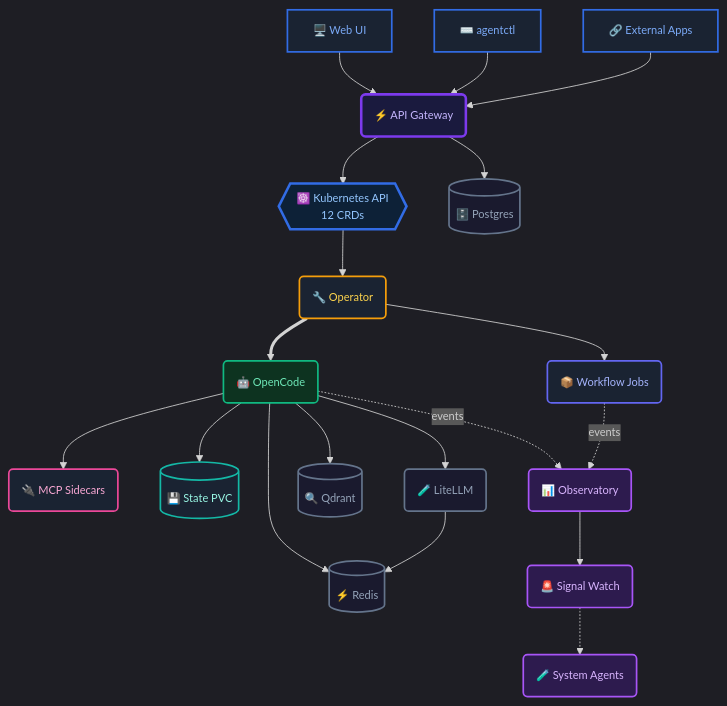
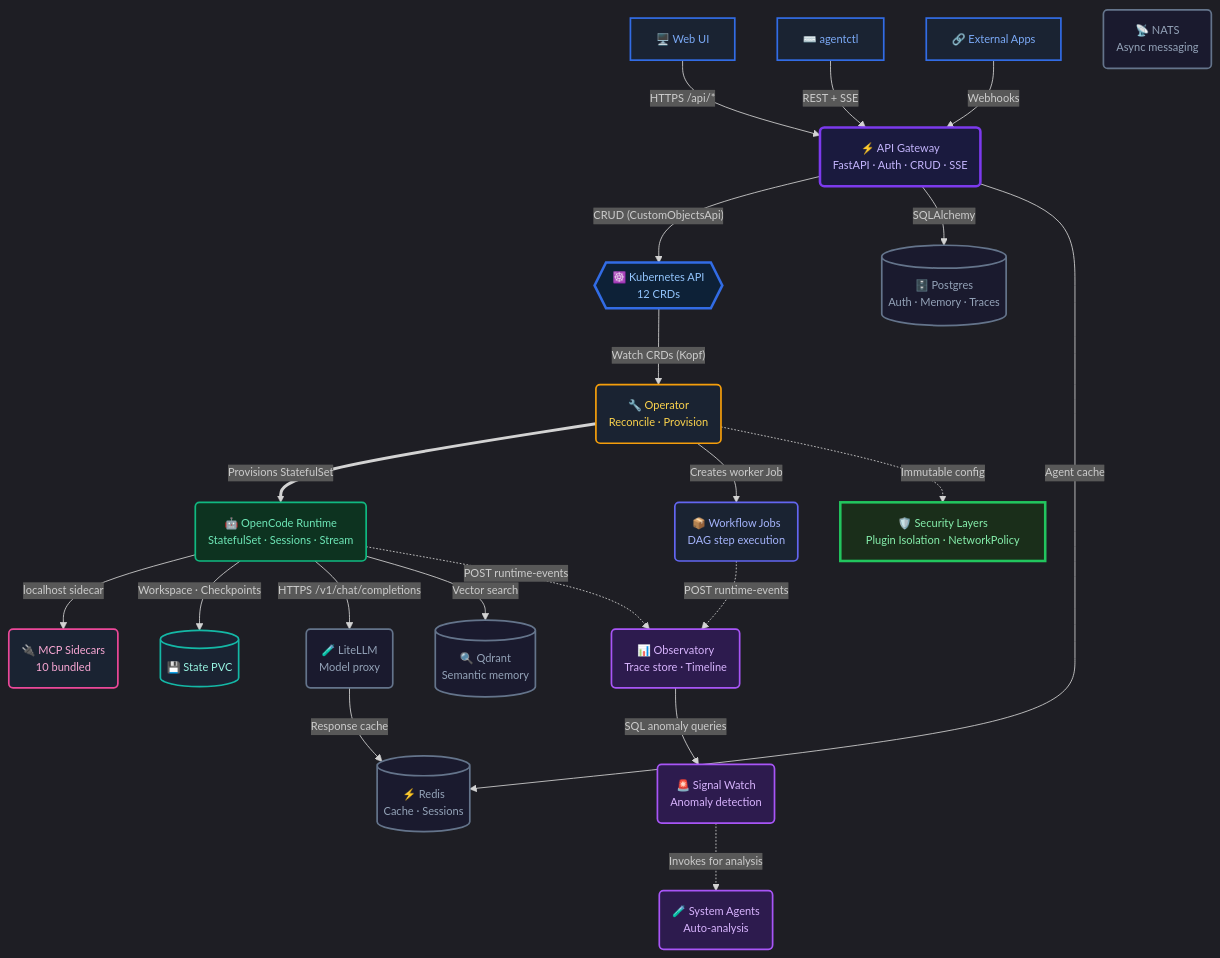
One commit to ykbytes/kubesynapse.ai changed the diagram in README.md. Above: the diagram before and after it, drawn with Mermaid. The commit also changed other lines of this file and 3 other files, not shown here.

First line of the commit message:
docs: validate and correct architecture diagram — add labels, fix edges

````diff
--- a/README.md
+++ b/README.md
@@ -209,59 +209,78 @@
 ```mermaid
 %%{init: {'theme': 'dark', 'themeVariables': { 'fontSize': '13px' }}}%%
 flowchart TB
     UI["🖥️ Web UI"]:::c
     CLI["⌨️ agentctl"]:::c
     EXT["🔗 External Apps"]:::c
 
-    GW("⚡ API Gateway"):::g
+    GW("⚡ API Gateway
+    FastAPI · Auth · CRUD · SSE"):::g
 
     K8S{{"☸️ Kubernetes API
     12 CRDs"}}:::k
 
-    OP("🔧 Operator"):::o
+    OP("🔧 Operator
+    Reconcile · Provision"):::o
 
-    OC("🤖 OpenCode"):::r
-    JOB("📦 Workflow Jobs"):::w
+    SEC["🛡️ Security Layers
+    Plugin Isolation · NetworkPolicy"]:::sec
 
-    MCP("🔌 MCP Sidecars"):::s
+    OC("🤖 OpenCode Runtime
+    StatefulSet · Sessions · Stream"):::r
+    JOB("📦 Workflow Jobs
+    DAG step execution"):::w
+
+    MCP("🔌 MCP Sidecars
+    10 bundled"):::s
     PVC[("💾 State PVC")]:::d
 
-    LLM("🧪 LiteLLM"):::h
-    PG[("🗄️ Postgres")]:::h
-    REDIS[("⚡ Redis")]:::h
-    QDRANT[("🔍 Qdrant")]:::h
+    LLM("🧪 LiteLLM
+    Model proxy"):::shared
+    PG[("🗄️ Postgres
+    Auth · Memory · Traces")]:::shared
+    REDIS[("⚡ Redis
+    Cache · Sessions")]:::shared
+    QDRANT[("🔍 Qdrant
+    Semantic memory")]:::shared
+    NATS("📡 NATS
+    Async messaging"):::shared
 
-    TRACE("📊 Observatory"):::i
-    SIGNAL("🚨 Signal Watch"):::i
-    SYS("🧪 System Agents"):::i
+    TRACE("📊 Observatory
+    Trace store · Timeline"):::intel
+    SIGNAL("🚨 Signal Watch
+    Anomaly detection"):::intel
+    SYS("🧪 System Agents
+    Auto-analysis"):::intel
 
-    UI --> GW
-    CLI --> GW
-    EXT --> GW
-    GW --> K8S
-    GW --> PG
-    K8S --> OP
-    OP ==> OC
-    OP --> JOB
-    OC --> MCP
-    OC --> PVC
-    OC --> LLM
-    OC --> REDIS
-    OC --> QDRANT
-    LLM --> REDIS
-    OC -. "events" .-> TRACE
-    JOB -. "events" .-> TRACE
-    TRACE --> SIGNAL
-    SIGNAL -.-> SYS
+    UI -->|"HTTPS /api/*"| GW
+    CLI -->|"REST + SSE"| GW
+    EXT -->|"Webhooks"| GW
+    GW -->|"CRUD (CustomObjectsApi)"| K8S
+    GW -->|"SQLAlchemy"| PG
+    GW -->|"Agent cache"| REDIS
+    K8S -->|"Watch CRDs (Kopf)"| OP
+    OP ==>|"Provisions StatefulSet"| OC
+    OP -->|"Creates worker Job"| JOB
+    OP -.->|"Immutable config"| SEC
+    OC -->|"localhost sidecar"| MCP
+    OC -->|"Workspace · Checkpoints"| PVC
+    OC -->|"HTTPS /v1/chat/completions"| LLM
+    OC -->|"Vector search"| QDRANT
+    LLM -->|"Response cache"| REDIS
+    OC -.->|"POST runtime-events"| TRACE
+    JOB -.->|"POST runtime-events"| TRACE
+    TRACE -->|"SQL anomaly queries"| SIGNAL
+    SIGNAL -.->|"Invokes for analysis"| SYS
 
     classDef c fill:#1a2332,stroke:#326CE5,stroke-width:2px,color:#7baaf7
     classDef g fill:#1a1a3e,stroke:#7c3aed,stroke-width:3px,color:#c4b5fd
     classDef k fill:#0d2137,stroke:#326CE5,stroke-width:3px,color:#93c5fd
     classDef o fill:#1a2332,stroke:#f59e0b,stroke-width:2px,color:#fcd34d
     classDef r fill:#0d3320,stroke:#10b981,stroke-width:2px,color:#6ee7b7
     classDef w fill:#1a2332,stroke:#6366f1,stroke-width:2px,color:#a5b4fc
     classDef s fill:#1a2332,stroke:#ec4899,stroke-width:2px,color:#f9a8d4
     classDef d fill:#1a2332,stroke:#14b8a6,stroke-width:2px,color:#99f6e4
-    classDef h fill:#1a1a2e,stroke:#64748b,stroke-width:2px,color:#94a3b8
-    classDef i fill:#2d1b4e,stroke:#a855f7,stroke-width:2px,color:#d8b4fe
+    classDef shared fill:#1a1a2e,stroke:#64748b,stroke-width:2px,color:#94a3b8
+    classDef intel fill:#2d1b4e,stroke:#a855f7,stroke-width:2px,color:#d8b4fe
+    classDef sec fill:#1a2e1a,stroke:#22c55e,stroke-width:3px,color:#86efac
 ```
````
